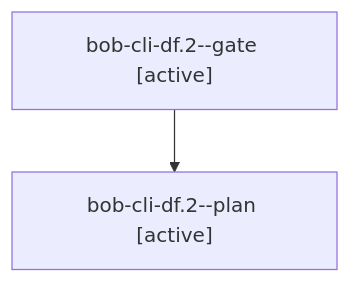
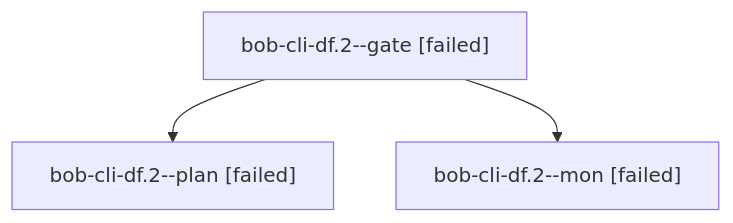
The diagram in sessions/bbugyi200.athena.bob-cli-df.2.md (bobs-org/bob-cli--agents), drawn with Mermaid before and after one commit. The commit also changed other lines of this file and 97 other files, not shown here.

````diff
--- a/sessions/bbugyi200.athena.bob-cli-df.2.md
+++ b/sessions/bbugyi200.athena.bob-cli-df.2.md
@@ -9,6 +9,8 @@
 ```mermaid
 flowchart TD
-  n0["bob-cli-df.2--gate [active]"]
-  n1["bob-cli-df.2--plan [active]"]
+  n0["bob-cli-df.2--gate [failed]"]
+  n1["bob-cli-df.2--plan [failed]"]
   n0 --> n1
+  n2["bob-cli-df.2--mon [failed]"]
+  n0 --> n2
 ```
````
